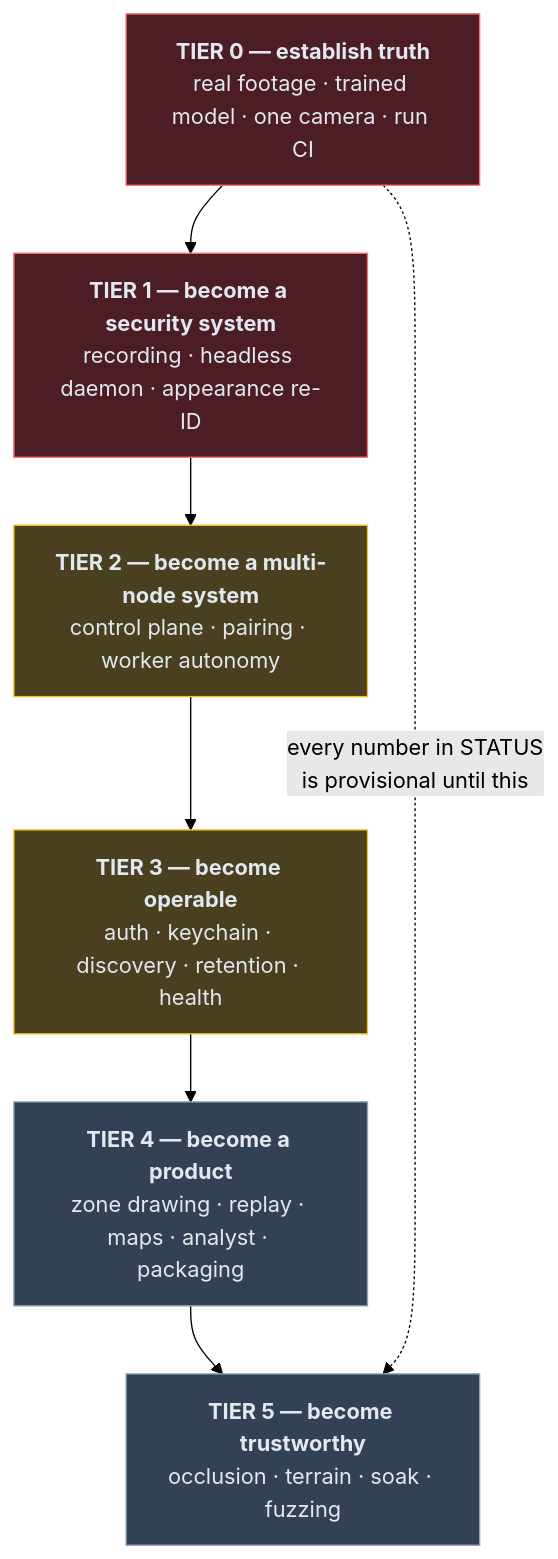
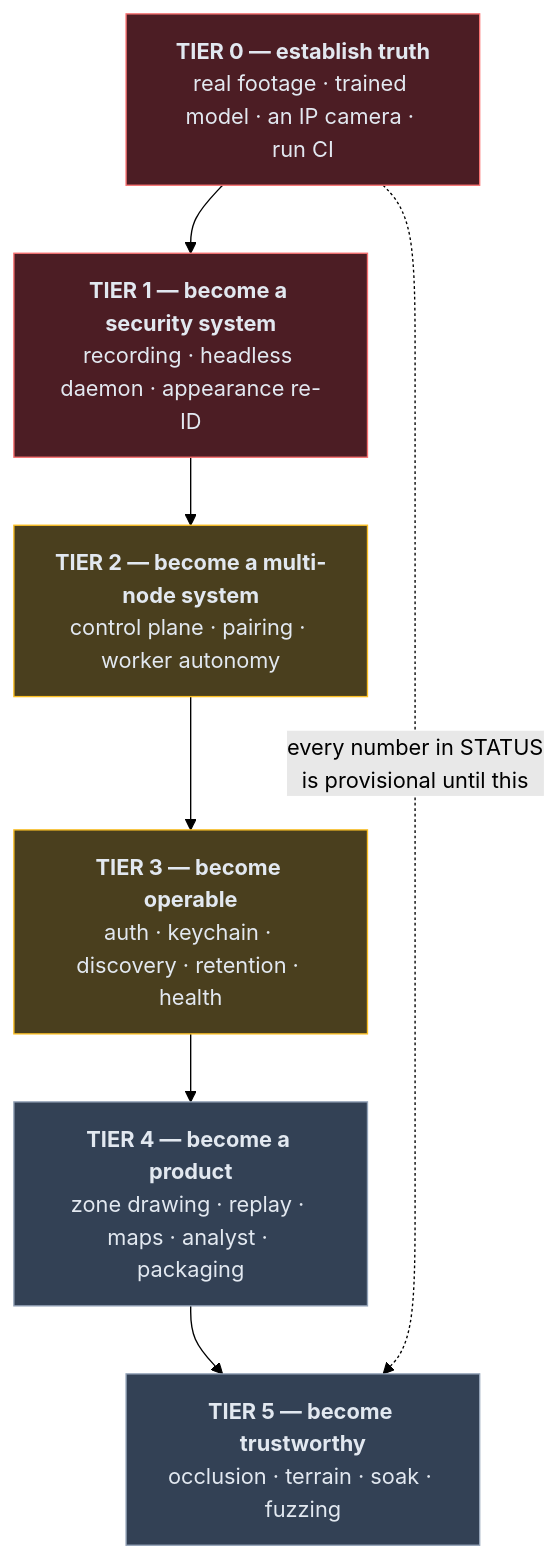
The second of 2 diagrams in ROADMAP.md (haidar-farhat/V.I.G.I.L._Vision_Intelligence_and_Geospatial_ncident_Layer), drawn with Mermaid (forest theme) before and after one commit. The commit also changed other lines of this file and 14 other files, not shown here.

````diff
--- a/ROADMAP.md
+++ b/ROADMAP.md
@@ -84,19 +89,19 @@
 ```mermaid
 flowchart TD
-    T0["<b>TIER 0 — establish truth</b><br/>real footage · trained model · one camera · run CI"]
+    T0["<b>TIER 0 — establish truth</b><br/>real footage · trained model · an IP camera · run CI"]
     T1["<b>TIER 1 — become a security system</b><br/>recording · headless daemon · appearance re-ID"]
     T2["<b>TIER 2 — become a multi-node system</b><br/>control plane · pairing · worker autonomy"]
     T3["<b>TIER 3 — become operable</b><br/>auth · keychain · discovery · retention · health"]
     T4["<b>TIER 4 — become a product</b><br/>zone drawing · replay · maps · analyst · packaging"]
     T5["<b>TIER 5 — become trustworthy</b><br/>occlusion · terrain · soak · fuzzing"]
 
     T0 --> T1 --> T2 --> T3 --> T4 --> T5
     T0 -.->|"every number in STATUS<br/>is provisional until this"| T5
 
     style T0 fill:#4c1d24,stroke:#f87171,color:#e2e8f0
     style T1 fill:#4c1d24,stroke:#f87171,color:#e2e8f0
     style T2 fill:#4a3f1e,stroke:#fbbf24,color:#e2e8f0
     style T3 fill:#4a3f1e,stroke:#fbbf24,color:#e2e8f0
     style T4 fill:#334155,stroke:#94a3b8,color:#e2e8f0
     style T5 fill:#334155,stroke:#94a3b8,color:#e2e8f0
 ```
````
